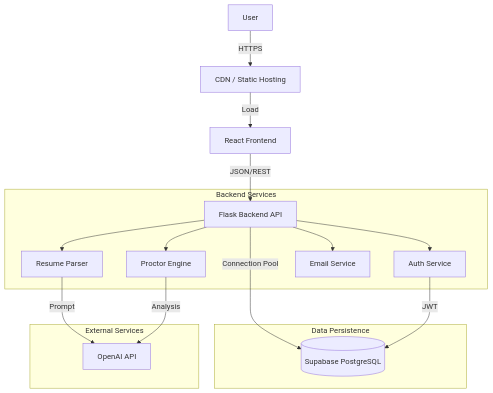
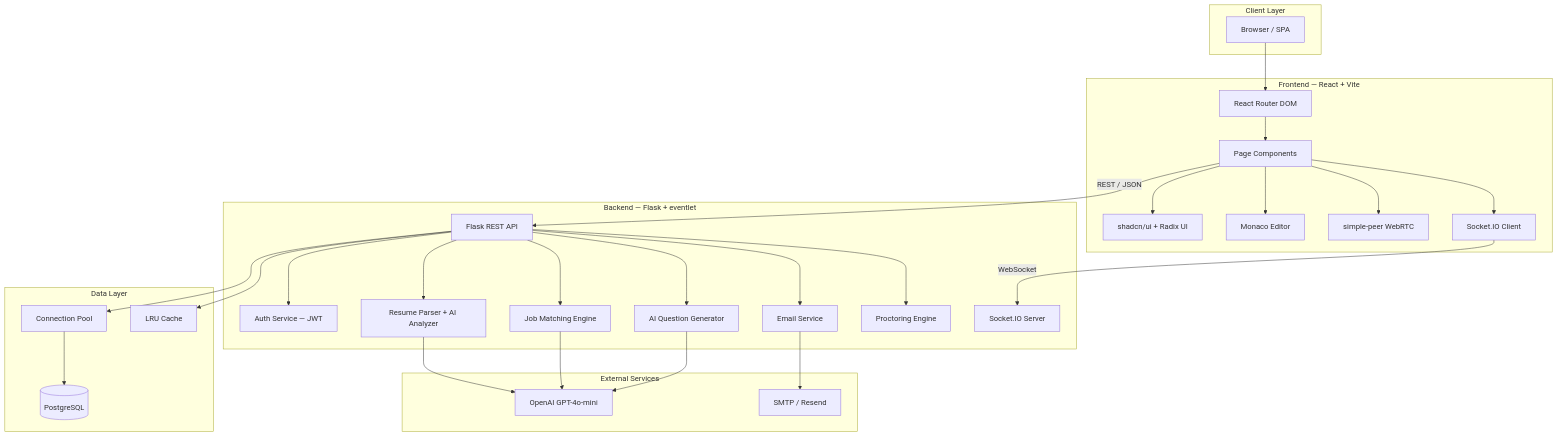
Before and after one commit to Akshat-Tiwari69/HireSense: the first of 3 diagrams in docs/ARCHITECTURE.md, drawn with Mermaid. The commit also changed other lines of this file and 93 other files, not shown here.

````diff
--- a/docs/ARCHITECTURE.md
+++ b/docs/ARCHITECTURE.md
@@ -9,24 +13,63 @@
 ```mermaid
 graph TD
-    User[User] -->|HTTPS| CDN[CDN / Static Hosting]
-    CDN -->|Load| Frontend[React Frontend]
-    
-    Frontend -->|JSON/REST| API[Flask Backend API]
-    
-    subgraph "Backend Services"
-        API --> Auth[Auth Service]
-        API --> Resume[Resume Parser]
-        API --> Proctor[Proctor Engine]
-        API --> Email[Email Service]
+    subgraph "Client Layer"
+        Browser[Browser / SPA]
     end
-    
-    subgraph "Data Persistence"
-        API -->|Connection Pool| DB[(Supabase PostgreSQL)]
-        Auth -->|JWT| DB
+
+    subgraph "Frontend — React + Vite"
+        Router[React Router DOM]
+        Pages[Page Components]
+        UI[shadcn/ui + Radix UI]
+        Monaco[Monaco Editor]
+        WebRTC[simple-peer WebRTC]
+        SIO_Client[Socket.IO Client]
     end
-    
+
+    subgraph "Backend — Flask + eventlet"
+        API[Flask REST API]
+        Auth[Auth Service — JWT]
+        Resume[Resume Parser + AI Analyzer]
+        Matcher[Job Matching Engine]
+        QGen[AI Question Generator]
+        Email[Email Service]
+        Proctor[Proctoring Engine]
+        WS[Socket.IO Server]
+    end
+
+    subgraph "Data Layer"
+        DB[(PostgreSQL)]
+        Pool[Connection Pool]
+        Cache[LRU Cache]
+    end
+
     subgraph "External Services"
-        Resume -->|Prompt| OpenAI[OpenAI API]
-        Proctor -->|Analysis| OpenAI
+        OpenAI[OpenAI GPT-4o-mini]
+        SMTP[SMTP / Resend]
     end
+
+    Browser --> Router
+    Router --> Pages
+    Pages --> UI
+    Pages --> Monaco
+    Pages --> WebRTC
+    Pages --> SIO_Client
+
+    Pages -->|REST / JSON| API
+    SIO_Client -->|WebSocket| WS
+
+    API --> Auth
+    API --> Resume
+    API --> Matcher
+    API --> QGen
+    API --> Email
+    API --> Proctor
+
+    Resume --> OpenAI
+    Matcher --> OpenAI
+    QGen --> OpenAI
+    Email --> SMTP
+
+    API --> Pool
+    Pool --> DB
+    API --> Cache
 ```
````
